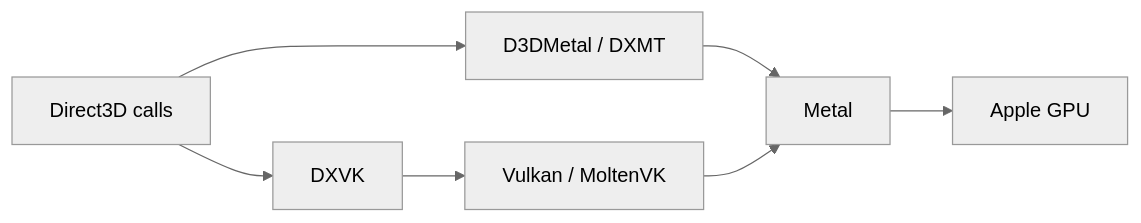
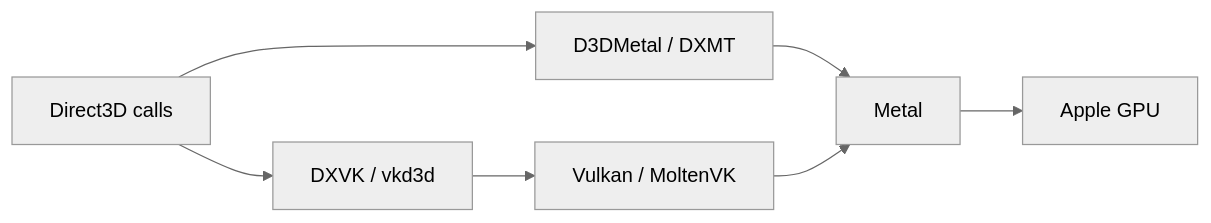
One commit to mmd-art/exerunner changed the diagram in README.md. Above: the diagram before and after it, drawn with Mermaid (neutral theme). The commit also changed other lines of this file and 56 other files, not shown here.

````diff
--- a/README.md
+++ b/README.md
@@ -80,9 +113,9 @@
 ```mermaid
 flowchart LR
     D["Direct3D calls"] --> A["D3DMetal / DXMT"]
-    D --> V["DXVK"]
+    D --> V["DXVK / vkd3d"]
     V --> K["Vulkan / MoltenVK"]
     A --> M["Metal"]
     K --> M
     M --> G["Apple GPU"]
 ```
````
